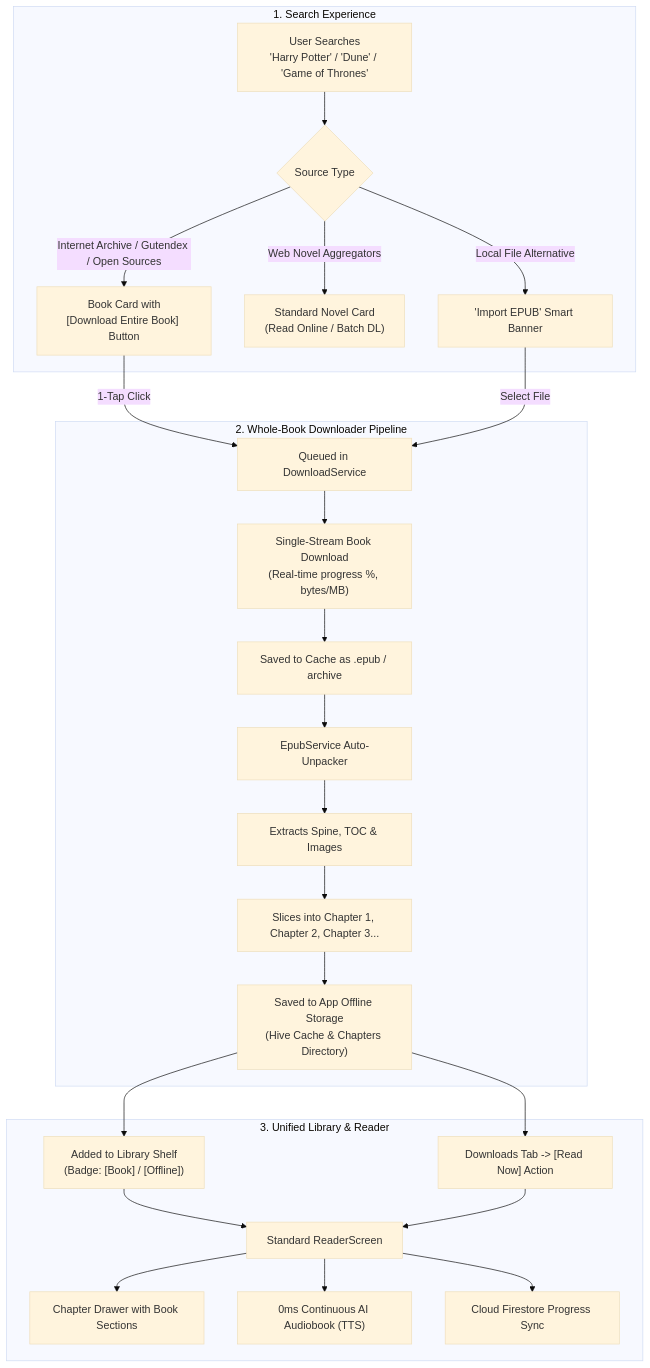
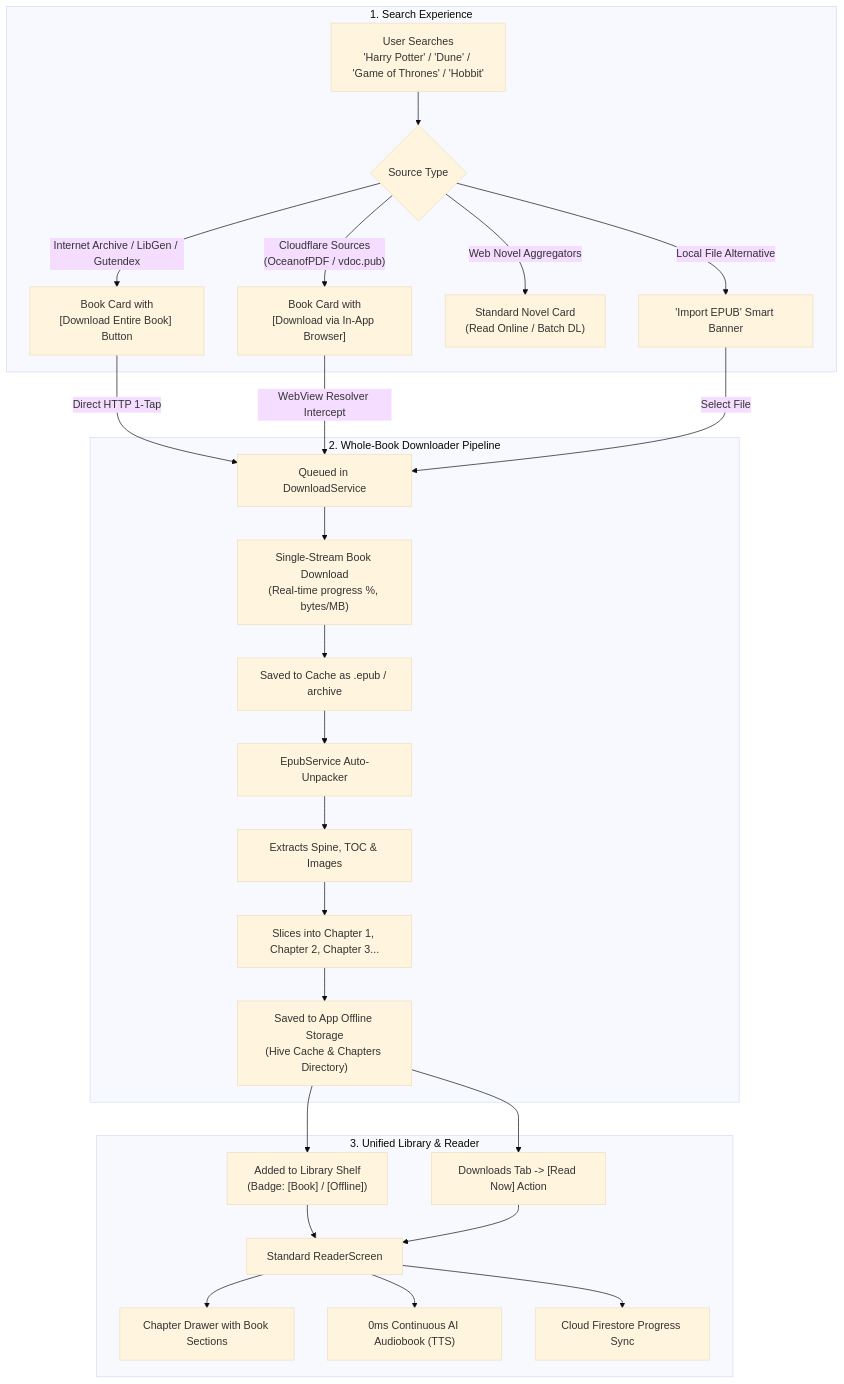
One commit to AdityaPatra-dev/Novels-World changed the diagram in plan.md. Above: the diagram before and after it, drawn with Mermaid (base theme). The commit also changed other lines of this file, not shown here.

Commit message:
docs: add oceanofpdf and vdoc.pub with in-app webview resolver architecture in plan

````diff
--- a/plan.md
+++ b/plan.md
@@ -28,30 +28,32 @@
 ```mermaid
 flowchart TD
     subgraph Search["1. Search Experience"]
-        S1["User Searches<br/>'Harry Potter' / 'Dune' / 'Game of Thrones'"] --> S2{"Source Type"}
-        S2 -->|"Internet Archive / Gutendex / Open Sources"| S3["Book Card with<br/>[Download Entire Book] Button"]
+        S1["User Searches<br/>'Harry Potter' / 'Dune' / 'Game of Thrones' / 'Hobbit'"] --> S2{"Source Type"}
+        S2 -->|"Internet Archive / LibGen / Gutendex"| S3["Book Card with<br/>[Download Entire Book] Button"]
+        S2 -->|"Cloudflare Sources<br/>(OceanofPDF / vdoc.pub)"| S3B["Book Card with<br/>[Download via In-App Browser]"]
         S2 -->|"Web Novel Aggregators"| S4["Standard Novel Card<br/>(Read Online / Batch DL)"]
         S2 -->|"Local File Alternative"| S5["'Import EPUB' Smart Banner"]
     end
 
     subgraph DownloadPipeline["2. Whole-Book Downloader Pipeline"]
-        S3 -->|"1-Tap Click"| D1["Queued in DownloadService"]
+        S3 -->|"Direct HTTP 1-Tap"| D1["Queued in DownloadService"]
+        S3B -->|"WebView Resolver Intercept"| D1
         S5 -->|"Select File"| D1
         D1 --> D2["Single-Stream Book Download<br/>(Real-time progress %, bytes/MB)"]
         D2 --> D3["Saved to Cache as .epub / archive"]
         D3 --> D4["EpubService Auto-Unpacker"]
         D4 --> D5["Extracts Spine, TOC & Images"]
         D5 --> D6["Slices into Chapter 1, Chapter 2, Chapter 3..."]
         D6 --> D7["Saved to App Offline Storage<br/>(Hive Cache & Chapters Directory)"]
     end
 
     subgraph Presentation["3. Unified Library & Reader"]
         D7 --> L1["Added to Library Shelf<br/>(Badge: [Book] / [Offline])"]
         D7 --> D8["Downloads Tab -> [Read Now] Action"]
         L1 --> R1["Standard ReaderScreen"]
         D8 --> R1
         R1 --> R2["Chapter Drawer with Book Sections"]
         R1 --> R3["0ms Continuous AI Audiobook (TTS)"]
         R1 --> R4["Cloud Firestore Progress Sync"]
     end
 ```
````
